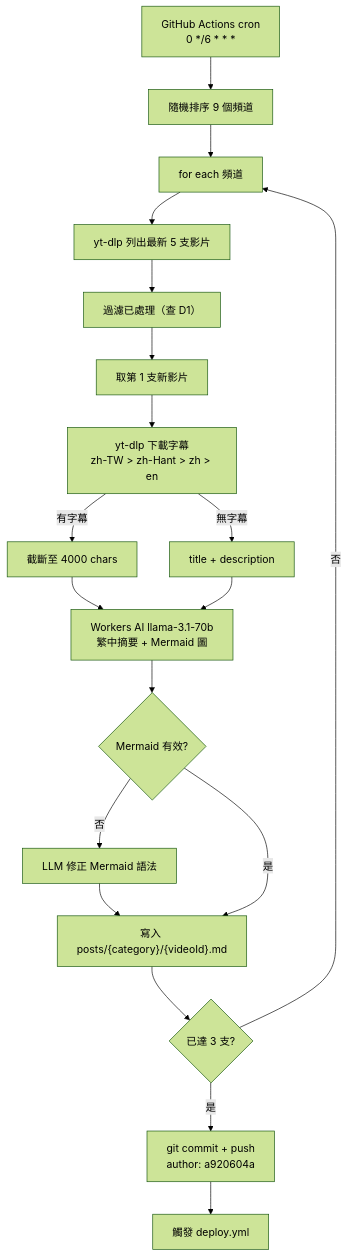
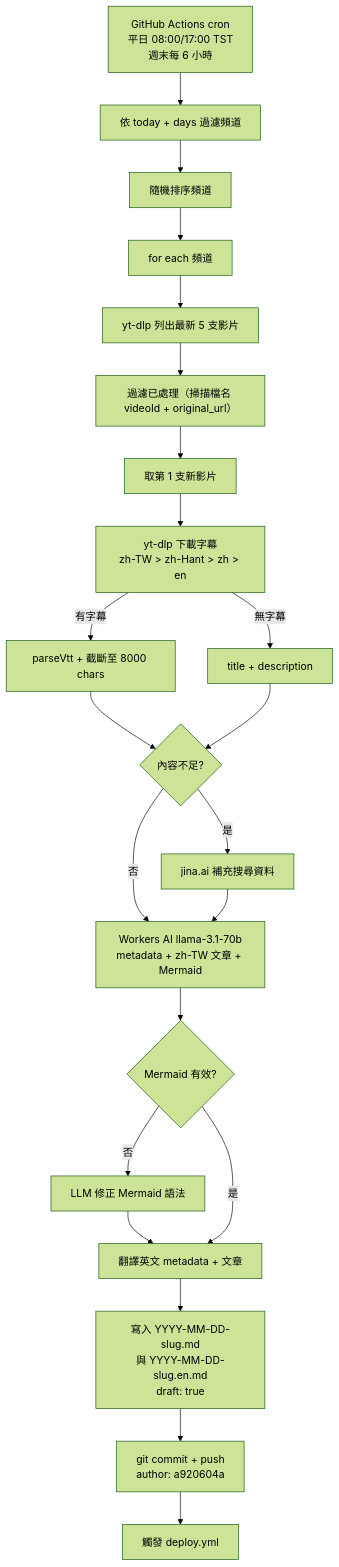
The second of 3 diagrams in docs/ingest.md (a920604a/engineernews), drawn with Mermaid (forest theme) before and after one commit. The commit also changed other lines of this file and 31 other files, not shown here.

````diff
--- a/docs/ingest.md
+++ b/docs/ingest.md
@@ -81,21 +83,24 @@
 ```mermaid
 flowchart TD
-  Cron["GitHub Actions cron<br/>0 */6 * * *"] --> Shuffle[隨機排序 9 個頻道]
+  Cron["GitHub Actions cron<br/>平日 08:00/17:00 TST<br/>週末每 6 小時"] --> DayFilter[依 today + days 過濾頻道]
+  DayFilter --> Shuffle[隨機排序頻道]
   Shuffle --> Loop[for each 頻道]
   Loop --> List["yt-dlp 列出最新 5 支影片"]
-  List --> Filter[過濾已處理（查 D1）]
+  List --> Filter[過濾已處理（掃描檔名 videoId + original_url）]
   Filter --> Pick[取第 1 支新影片]
   Pick --> Sub["yt-dlp 下載字幕<br/>zh-TW > zh-Hant > zh > en"]
-  Sub -->|有字幕| Trim[截斷至 4000 chars]
+  Sub -->|有字幕| Trim[parseVtt + 截斷至 8000 chars]
   Sub -->|無字幕| Fallback[title + description]
-  Trim --> LLM["Workers AI llama-3.1-70b<br/>繁中摘要 + Mermaid 圖"]
-  Fallback --> LLM
+  Trim --> Enrich{內容不足?}
+  Fallback --> Enrich
+  Enrich -->|是| Jina[jina.ai 補充搜尋資料]
+  Enrich -->|否| LLM
+  Jina --> LLM["Workers AI llama-3.1-70b<br/>metadata + zh-TW 文章 + Mermaid"]
   LLM --> Validate{Mermaid 有效?}
   Validate -->|否| Fix["LLM 修正 Mermaid 語法"]
-  Fix --> Write
-  Validate -->|是| Write["寫入 posts/{category}/{videoId}.md"]
-  Write --> Count{已達 3 支?}
-  Count -->|否| Loop
-  Count -->|是| Commit["git commit + push<br/>author: a920604a"]
+  Fix --> Translate[翻譯英文 metadata + 文章]
+  Validate -->|是| Translate
+  Translate --> Write["寫入 YYYY-MM-DD-slug.md<br/>與 YYYY-MM-DD-slug.en.md<br/>draft: true"]
+  Write --> Commit["git commit + push<br/>author: a920604a"]
   Commit --> Deploy[觸發 deploy.yml]
 ```
````
